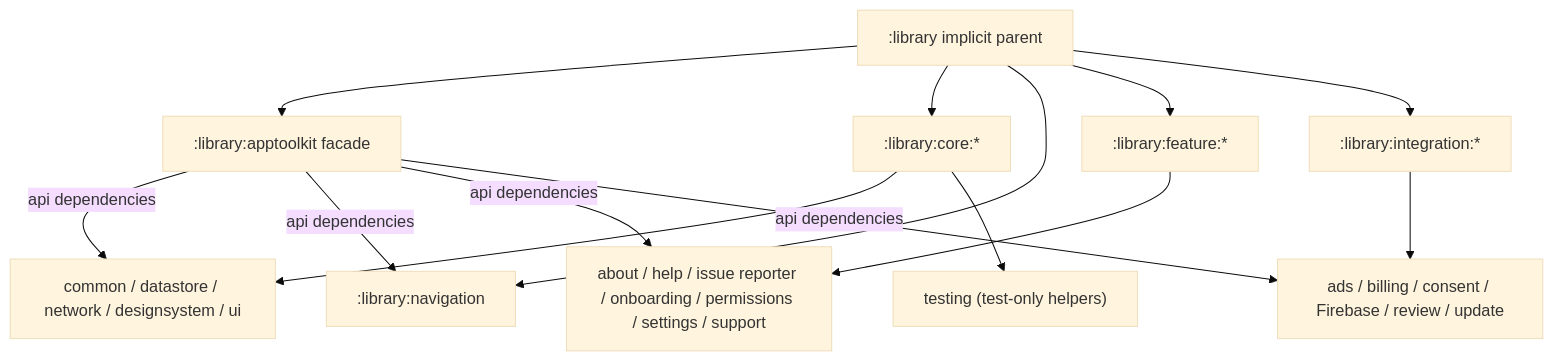
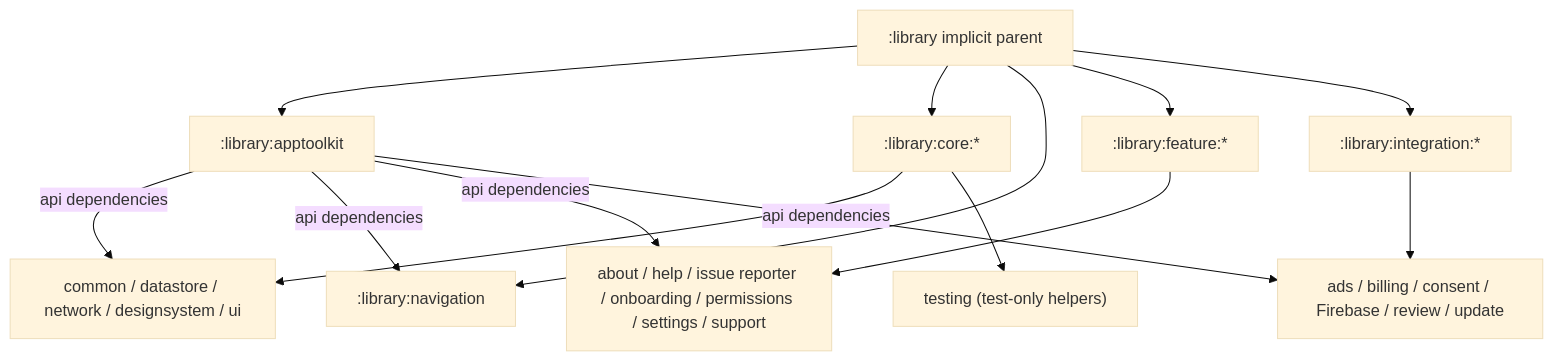
One commit to MihaiCristianCondrea/App-Toolkit-for-Android changed the diagram in library/README.md. Above: the diagram before and after it, drawn with Mermaid (base theme). The commit also changed other lines of this file and 25 other files, not shown here.

````diff
--- a/library/README.md
+++ b/library/README.md
@@ -29,16 +29,16 @@
 ```mermaid
 flowchart TD
-    Library[":library implicit parent"] --> Facade[":library:apptoolkit facade"]
+    Library[":library implicit parent"] --> AppToolkit[":library:apptoolkit"]
     Library --> Core[":library:core:*"]
     Library --> Navigation[":library:navigation"]
     Library --> Features[":library:feature:*"]
     Library --> Integrations[":library:integration:*"]
     Core --> Foundations["common / datastore / network / designsystem / ui"]
     Core --> Testing["testing (test-only helpers)"]
     Features --> ReusableScreens["about / help / issue reporter / onboarding / permissions / settings / support"]
     Integrations --> SDKs["ads / billing / consent / Firebase / review / update"]
-    Facade -->|api dependencies| Foundations
-    Facade -->|api dependencies| Navigation
-    Facade -->|api dependencies| ReusableScreens
-    Facade -->|api dependencies| SDKs
+    AppToolkit -->|api dependencies| Foundations
+    AppToolkit -->|api dependencies| Navigation
+    AppToolkit -->|api dependencies| ReusableScreens
+    AppToolkit -->|api dependencies| SDKs
 ```
````
